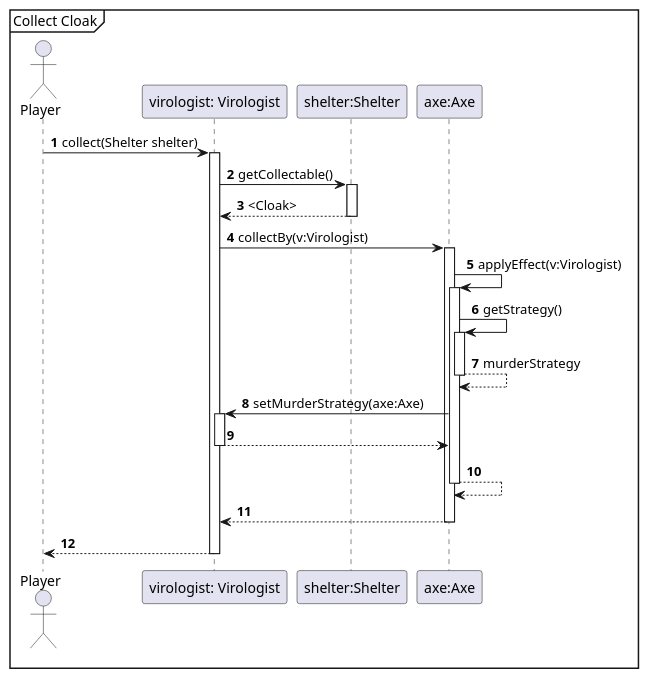
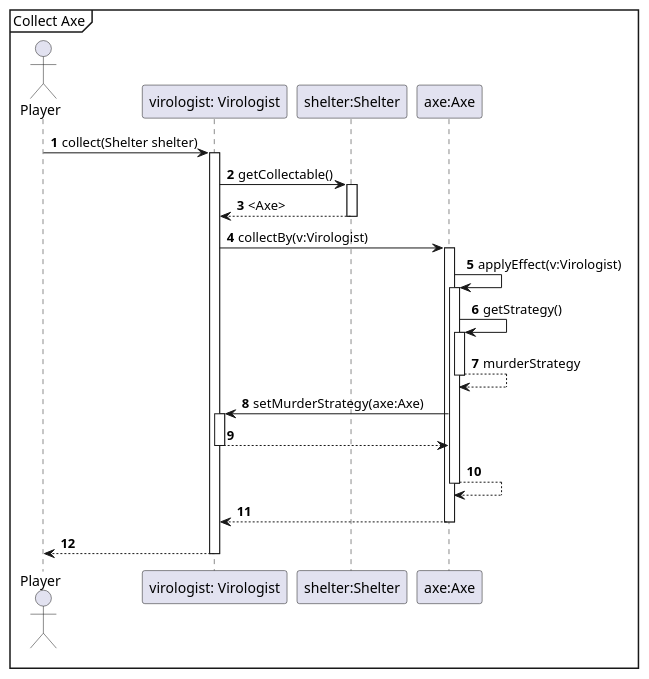
Before and after one commit to Projlab-csb/projlab-virologus: the diagram in Modification_1/mod_1-seq-diagrams/CollectAnAxe.puml, drawn with PlantUML. The commit also changed 4 other files, not shown here.

```diff
--- a/Modification_1/mod_1-seq-diagrams/CollectAnAxe.puml
+++ b/Modification_1/mod_1-seq-diagrams/CollectAnAxe.puml
@@ -1,40 +1,40 @@
 @startuml
 'https://plantuml.com/sequence-diagram
 
 autonumber
 
-mainframe Collect Cloak
+mainframe Collect Axe
 
 actor Player
 
 Player -> "virologist: Virologist": collect(Shelter shelter)
 Activate "virologist: Virologist"
 
 "virologist: Virologist" -> "shelter:Shelter": getCollectable()
 Activate "shelter:Shelter"
-"shelter:Shelter" --> "virologist: Virologist": <Cloak>
+"shelter:Shelter" --> "virologist: Virologist": <Axe>
 Deactivate "shelter:Shelter"
 
 "virologist: Virologist" -> "axe:Axe": collectBy(v:Virologist)
 Activate "axe:Axe"
 
 "axe:Axe" -> "axe:Axe"++ : applyEffect(v:Virologist)
 
  "axe:Axe" -> "axe:Axe"++ : getStrategy()
  "axe:Axe" --> "axe:Axe"-- : murderStrategy
 
  "axe:Axe" -> "virologist: Virologist"++: setMurderStrategy(axe:Axe)
 "virologist: Virologist" --> "axe:Axe"--
 
 
 
 "axe:Axe" --> "axe:Axe"--
 
 
 "axe:Axe" --> "virologist: Virologist"--
 
 
 "virologist: Virologist" --> Player
 Deactivate "virologist: Virologist"
 
 @enduml
```
